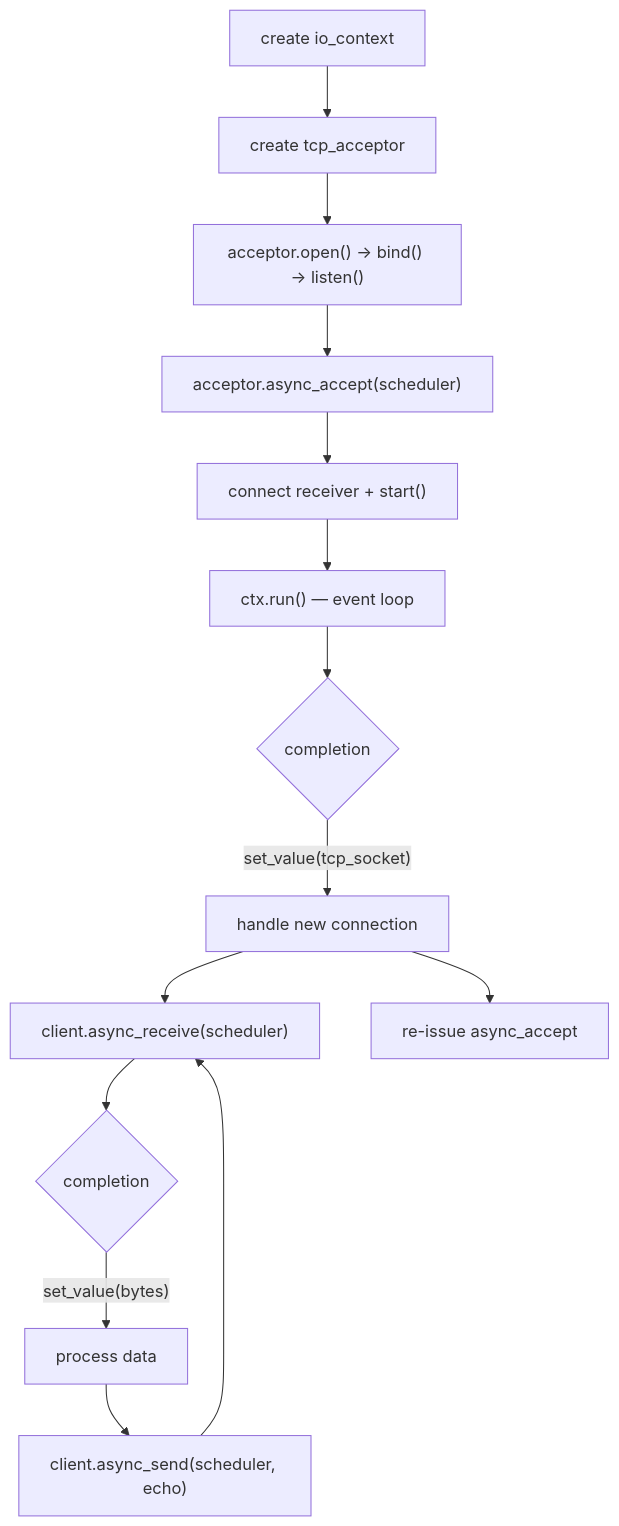
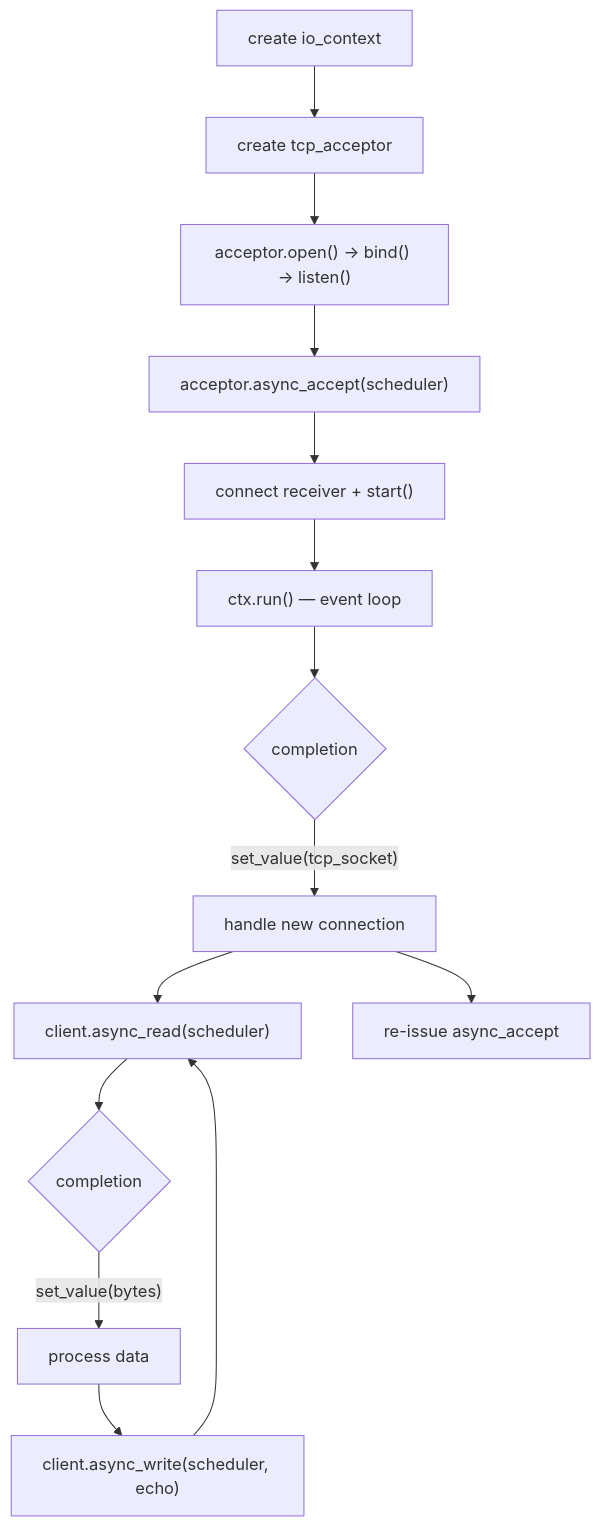
One commit to haomingbai/bnio changed the third of 6 diagrams in docs/usage.md. Above: the diagram before and after it, drawn with Mermaid. The commit also changed other lines of this file and 16 other files, not shown here.

````diff
--- a/docs/usage.md
+++ b/docs/usage.md
@@ -216,16 +216,16 @@
 ```mermaid
 graph TB
     A["create io_context"] --> B["create tcp_acceptor"]
     B --> C["acceptor.open() → bind() → listen()"]
     C --> D["acceptor.async_accept(scheduler)"]
     D --> E["connect receiver + start()"]
     E --> F["ctx.run() — event loop"]
     F --> G{"completion"}
     G -->|"set_value(tcp_socket)"| H["handle new connection"]
-    H --> I["client.async_receive(scheduler)"]
+    H --> I["client.async_read(scheduler)"]
     H --> J["re-issue async_accept"]
     I --> K{"completion"}
     K -->|"set_value(bytes)"| L["process data"]
-    L --> M["client.async_send(scheduler, echo)"]
+    L --> M["client.async_write(scheduler, echo)"]
     M --> I
 ```
````
